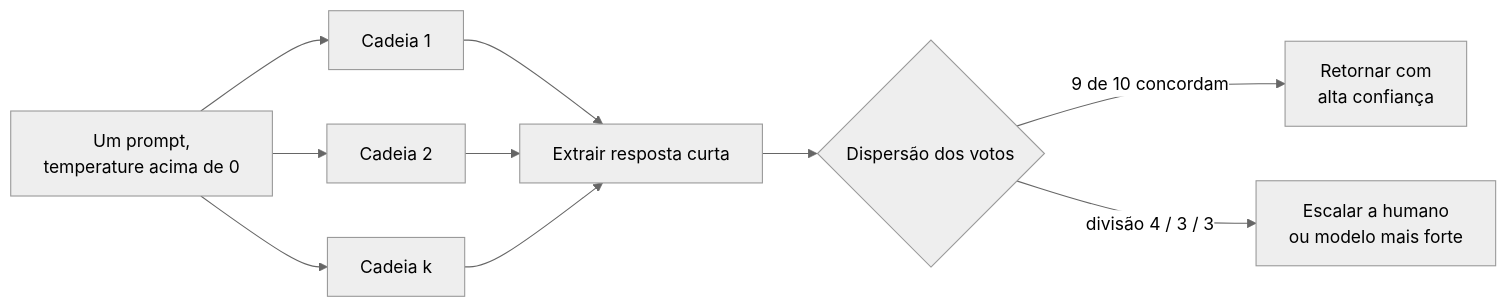
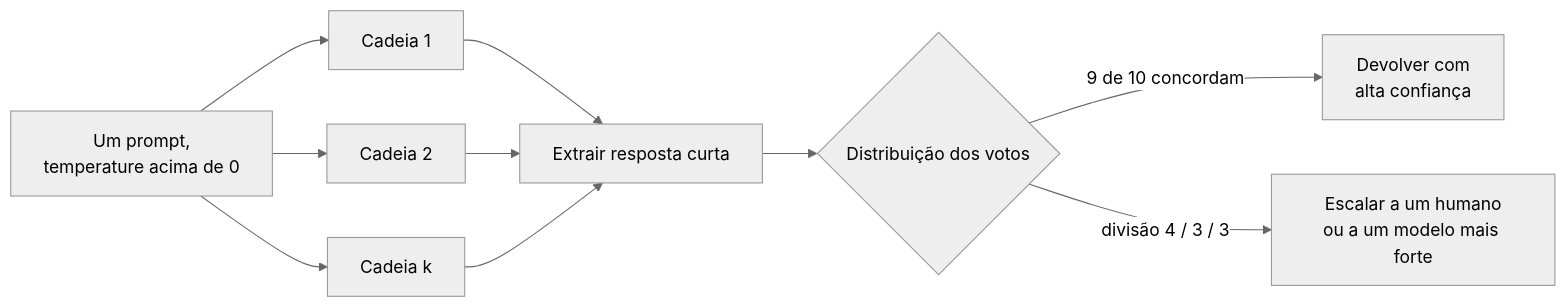
One commit to andrevberaldo/AI-Engineer-Interview-Questions changed the seventh of 26 diagrams in 03-prompt-engineering-and-context/questions.pt-BR.md. Above: the diagram before and after it, drawn with Mermaid (neutral theme). The commit also changed other lines of this file and 1 other file, not shown here.

````diff
--- a/03-prompt-engineering-and-context/questions.pt-BR.md
+++ b/03-prompt-engineering-and-context/questions.pt-BR.md
@@ -438,12 +438,12 @@
 ```mermaid
 flowchart LR
     A["Um prompt,<br/>temperature acima de 0"] --> B["Cadeia 1"]
     A --> C["Cadeia 2"]
     A --> D["Cadeia k"]
     B --> E["Extrair resposta curta"]
     C --> E
     D --> E
-    E --> F{"Dispersão dos votos"}
-    F -->|"9 de 10 concordam"| G["Retornar com<br/>alta confiança"]
-    F -->|"divisão 4 / 3 / 3"| H["Escalar a humano<br/>ou modelo mais forte"]
+    E --> F{"Distribuição dos votos"}
+    F -->|"9 de 10 concordam"| G["Devolver com<br/>alta confiança"]
+    F -->|"divisão 4 / 3 / 3"| H["Escalar a um humano<br/>ou a um modelo mais forte"]
 ```
````
